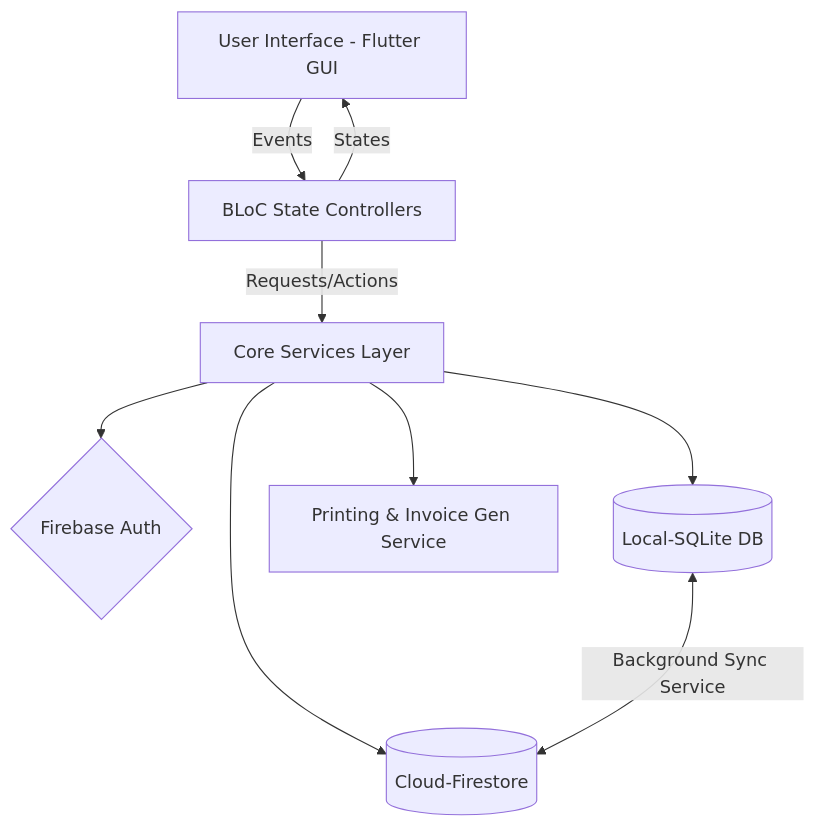
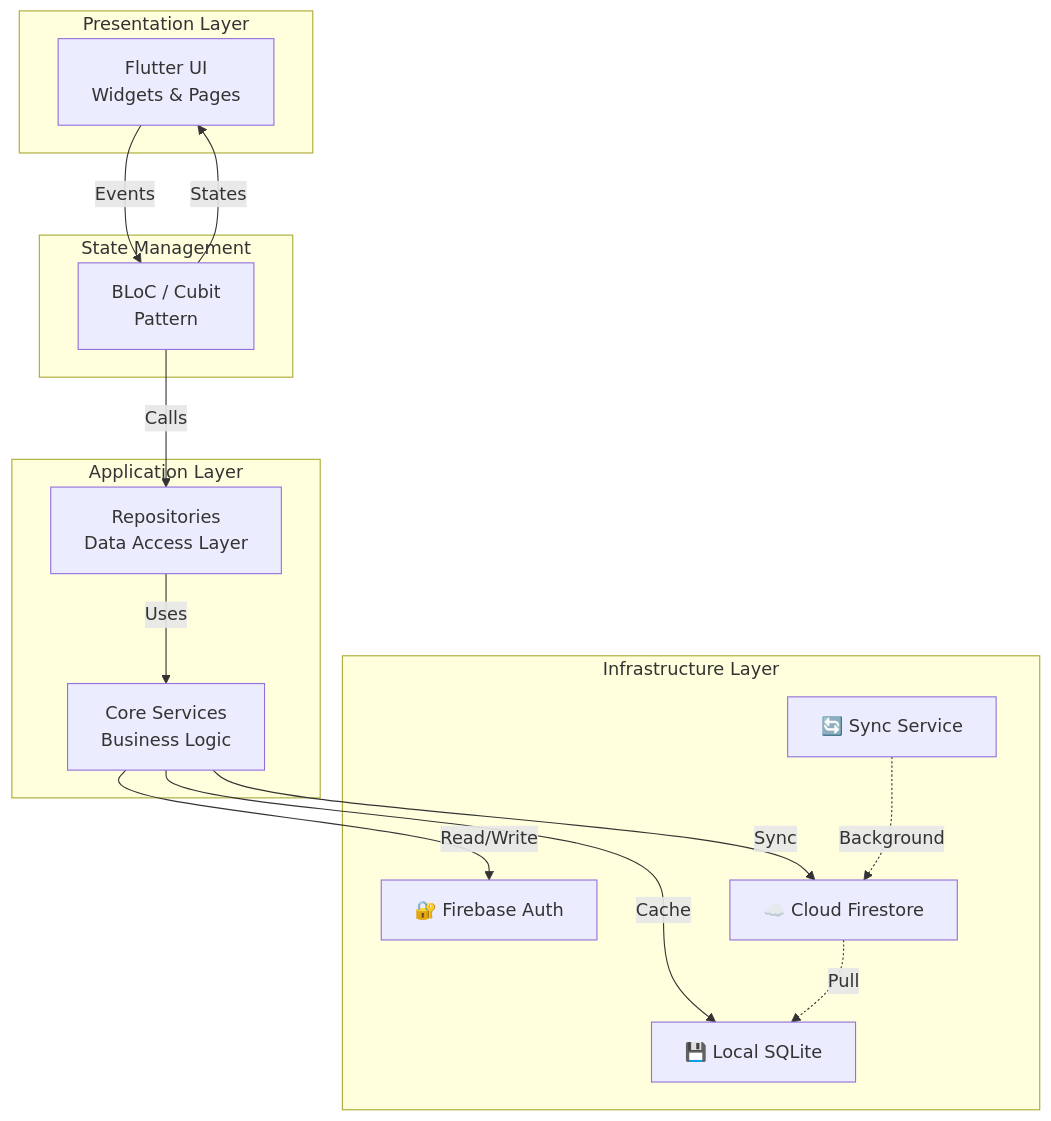
Before and after one commit to Desha29/new_care: the first of 10 diagrams in README.md, drawn with Mermaid. The commit also changed other lines of this file, not shown here.

````diff
--- a/README.md
+++ b/README.md
@@ -29,15 +55,32 @@
 ```mermaid
-graph TD
-    UI[User Interface - Flutter GUI] -->|Events| BLoC[BLoC State Controllers]
-    BLoC -->|States| UI
+graph TB
+    subgraph "Presentation Layer"
+        UI[Flutter UI<br/>Widgets & Pages]
+    end
     
-    BLoC -->|Requests/Actions| Services[Core Services Layer]
+    subgraph "State Management"
+        Bloc["BLoC / Cubit<br/>Pattern"]
+    end
     
-    Services --> FireAuth{Firebase Auth}
-    Services --> Firestore[(Cloud-Firestore)]
-    Services --> SQLite[(Local-SQLite DB)]
+    subgraph "Application Layer"
+        Repos["Repositories<br/>Data Access Layer"]
+        Services["Core Services<br/>Business Logic"]
+    end
     
-    SQLite <-->|Background Sync Service| Firestore
+    subgraph "Infrastructure Layer"
+        FireAuth["🔐 Firebase Auth"]
+        Firestore["☁️ Cloud Firestore"]
+        SQLite["💾 Local SQLite"]
+        Sync["🔄 Sync Service"]
+    end
     
-    Services --> Print[Printing & Invoice Gen Service]
+    UI -->|Events| Bloc
+    Bloc -->|States| UI
+    Bloc -->|Calls| Repos
+    Repos -->|Uses| Services
+    Services -->|Read/Write| FireAuth
+    Services -->|Sync| Firestore
+    Services -->|Cache| SQLite
+    Sync -.->|Background| Firestore
+    Firestore -.->|Pull| SQLite
 ```
````
